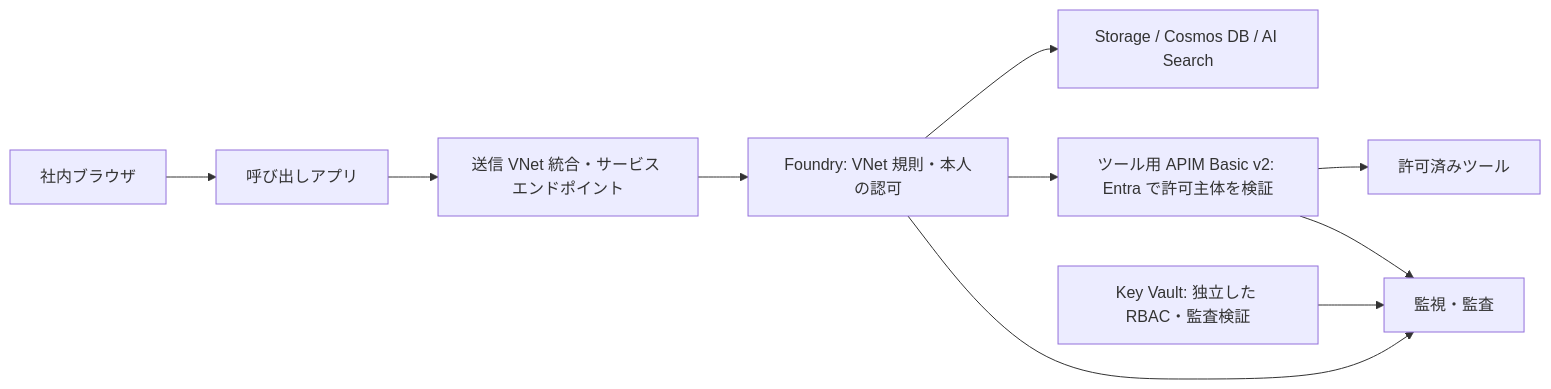
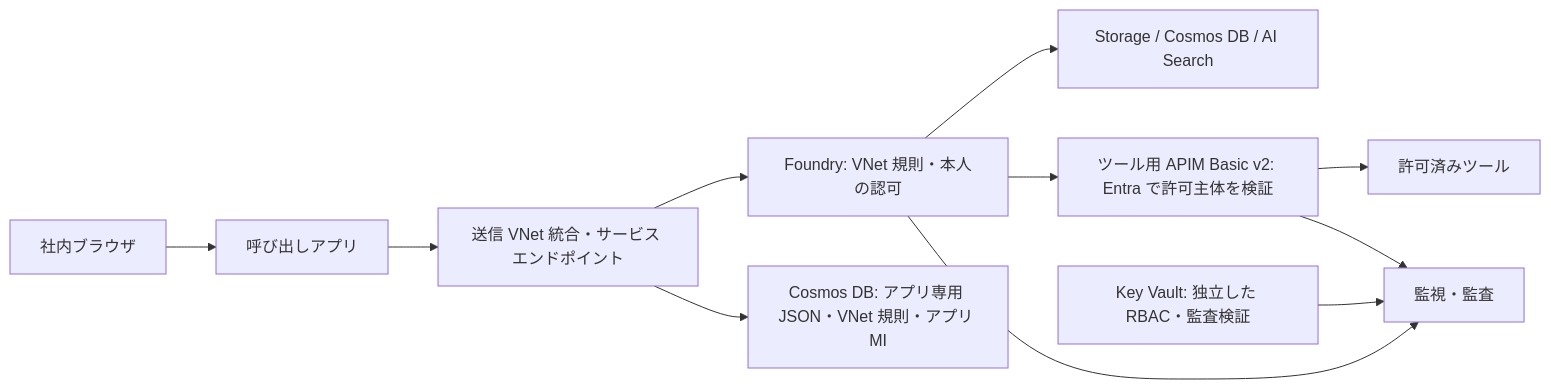
One commit to foundry-friends/azure-agent-governance-lab changed the diagram in README.md. Above: the diagram before and after it, drawn with Mermaid. The commit also changed other lines of this file and 11 other files, not shown here.

First line of the commit message:
docs: resolve G1-G3 and rewrite chapters 3/4/7 (Standard setup via portal wizard, Cosmos preview exception, service reachability, key-disable order, app-to-Cosmos JSON scenario)

````diff
--- a/README.md
+++ b/README.md
@@ -60,12 +60,13 @@
 ```mermaid
 flowchart LR
   U[社内ブラウザ] --> A[呼び出しアプリ]
   A --> V[送信 VNet 統合・サービス エンドポイント]
   V --> F[Foundry: VNet 規則・本人の認可]
+  V --> C[Cosmos DB: アプリ専用 JSON・VNet 規則・アプリ MI]
   F --> D[Storage / Cosmos DB / AI Search]
   F --> G[ツール用 APIM Basic v2: Entra で許可主体を検証]
   G --> T[許可済みツール]
   F --> M[監視・監査]
   G --> M
   K[Key Vault: 独立した RBAC・監査検証] --> M
 ```
````
